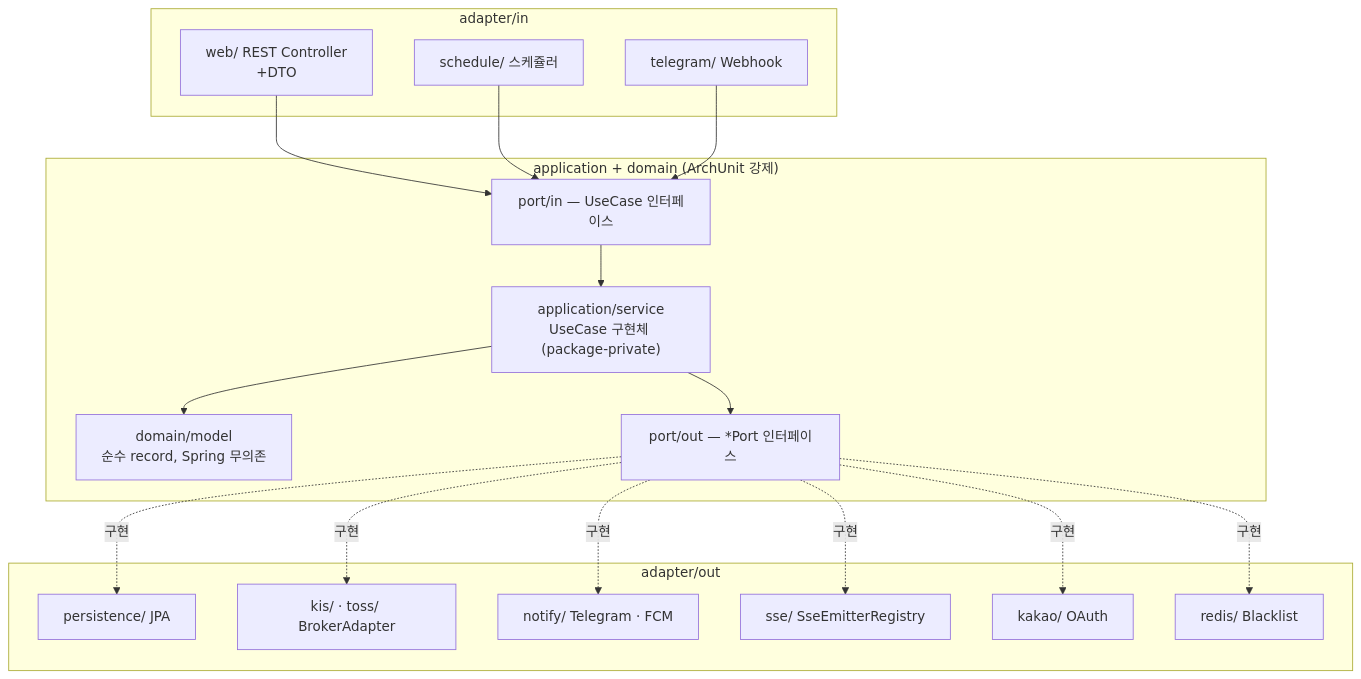
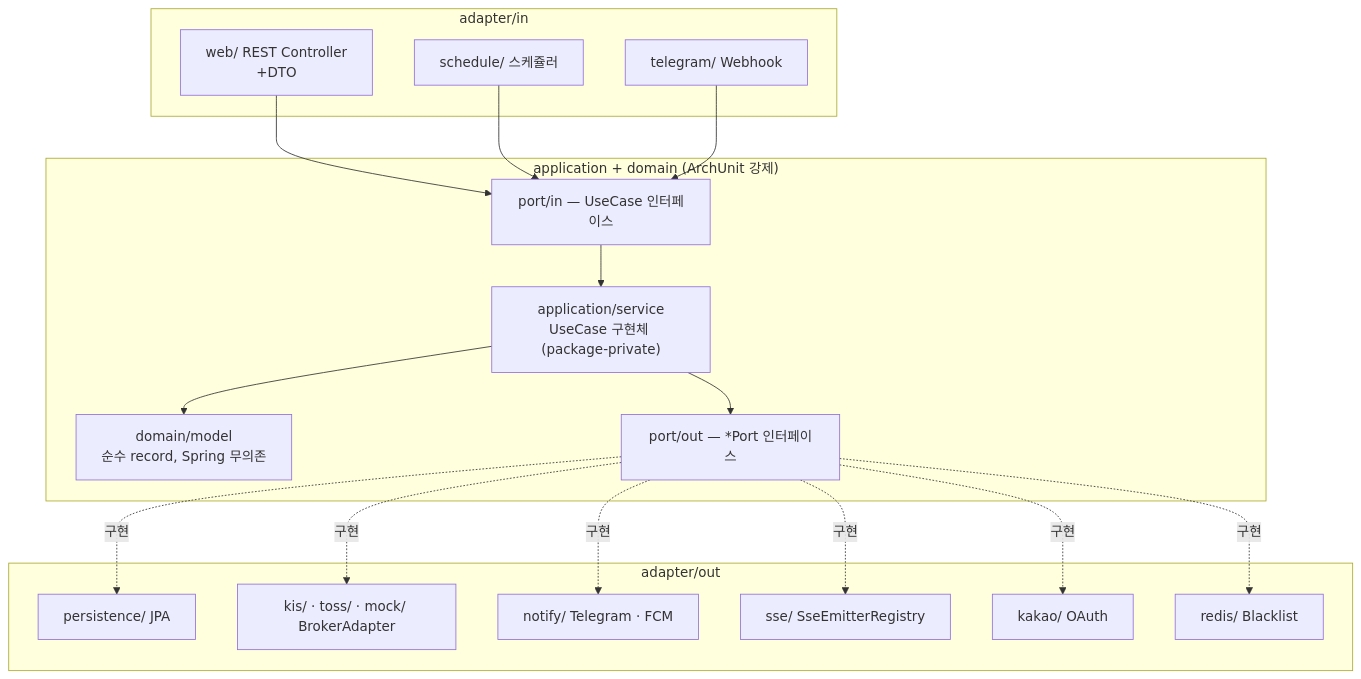
The first of 3 diagrams in README.md (narafu/kista-api), drawn with Mermaid before and after one commit. The commit also changed 14 other files, not shown here.

````diff
--- a/README.md
+++ b/README.md
@@ -21,37 +21,37 @@
 ```mermaid
 graph TB
     subgraph in["adapter/in"]
         web["web/ REST Controller\n+DTO"]
         schedule["schedule/ 스케쥴러"]
         telegram_in["telegram/ Webhook"]
     end
 
     subgraph core["application + domain (ArchUnit 강제)"]
         usecase["port/in — UseCase 인터페이스"]
         service["application/service\nUseCase 구현체 (package-private)"]
         domain["domain/model\n순수 record, Spring 무의존"]
         portout["port/out — *Port 인터페이스"]
     end
 
     subgraph out["adapter/out"]
         persistence["persistence/ JPA"]
-        broker["kis/ · toss/ BrokerAdapter"]
+        broker["kis/ · toss/ · mock/ BrokerAdapter"]
         notify["notify/ Telegram · FCM"]
         sse["sse/ SseEmitterRegistry"]
         kakao_out["kakao/ OAuth"]
         redis_out["redis/ Blacklist"]
     end
 
     web --> usecase
     schedule --> usecase
     telegram_in --> usecase
     usecase --> service
     service --> domain
     service --> portout
     portout -.구현.-> persistence
     portout -.구현.-> broker
     portout -.구현.-> notify
     portout -.구현.-> sse
     portout -.구현.-> kakao_out
     portout -.구현.-> redis_out
 ```
````
